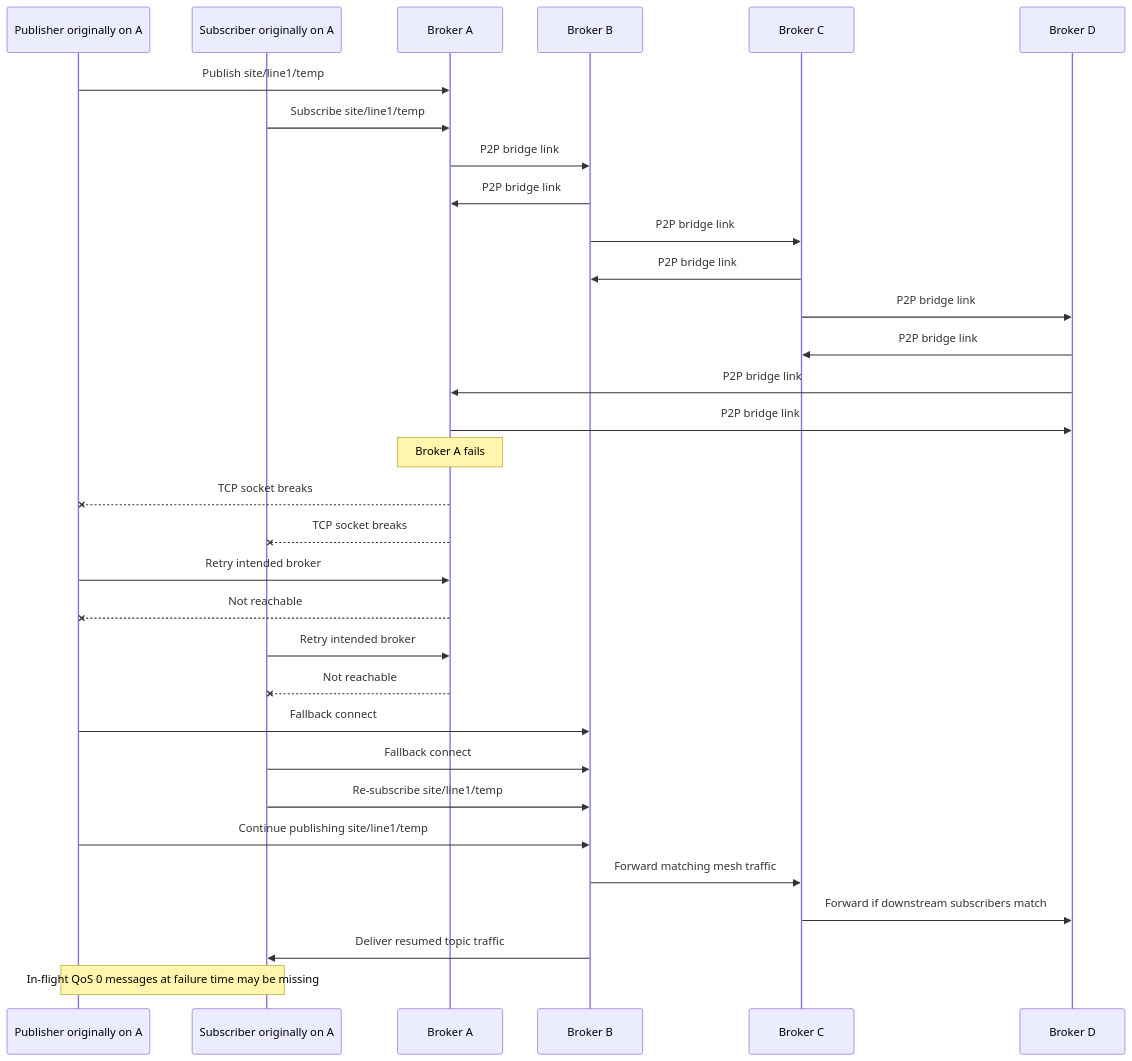
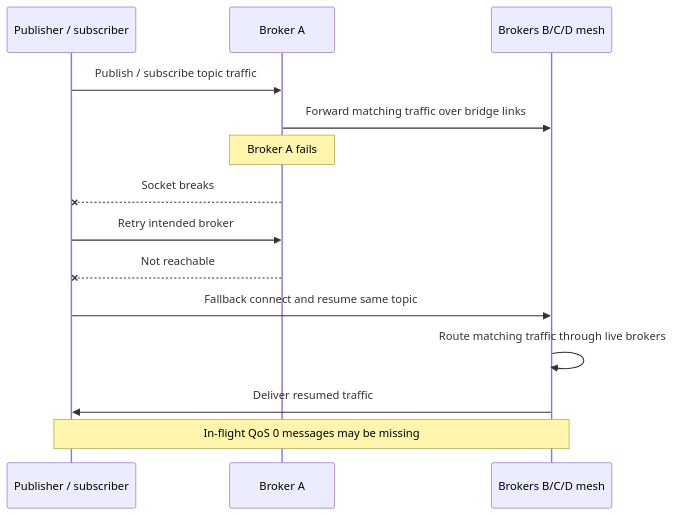
The third of 3 diagrams in README.md (judadao/mqtt_field_bridge_app), drawn with Mermaid before and after one commit. The commit also changed other lines of this file and 1 other file, not shown here.

Commit message:
Refine README architecture overview

````diff
--- a/README.md
+++ b/README.md
@@ -275,37 +154,19 @@
 ```mermaid
 sequenceDiagram
-    participant PubA as Publisher originally on A
-    participant SubA as Subscriber originally on A
+    participant Client as Publisher / subscriber
     participant A as Broker A
-    participant B as Broker B
-    participant C as Broker C
-    participant D as Broker D
+    participant Mesh as Brokers B/C/D mesh
 
-    PubA->>A: Publish site/line1/temp
-    SubA->>A: Subscribe site/line1/temp
-    A->>B: P2P bridge link
-    B->>A: P2P bridge link
-    B->>C: P2P bridge link
-    C->>B: P2P bridge link
-    C->>D: P2P bridge link
-    D->>C: P2P bridge link
-    D->>A: P2P bridge link
-    A->>D: P2P bridge link
+    Client->>A: Publish / subscribe topic traffic
+    A->>Mesh: Forward matching traffic over bridge links
 
     Note over A: Broker A fails
-    A--xPubA: TCP socket breaks
-    A--xSubA: TCP socket breaks
-    PubA->>A: Retry intended broker
-    A--xPubA: Not reachable
-    SubA->>A: Retry intended broker
-    A--xSubA: Not reachable
+    A--xClient: Socket breaks
+    Client->>A: Retry intended broker
+    A--xClient: Not reachable
 
-    PubA->>B: Fallback connect
-    SubA->>B: Fallback connect
-    SubA->>B: Re-subscribe site/line1/temp
-    PubA->>B: Continue publishing site/line1/temp
-    B->>C: Forward matching mesh traffic
-    C->>D: Forward if downstream subscribers match
-    B->>SubA: Deliver resumed topic traffic
-    Note over PubA,SubA: In-flight QoS 0 messages at failure time may be missing
+    Client->>Mesh: Fallback connect and resume same topic
+    Mesh->>Mesh: Route matching traffic through live brokers
+    Mesh->>Client: Deliver resumed traffic
+    Note over Client,Mesh: In-flight QoS 0 messages may be missing
 ```
````
